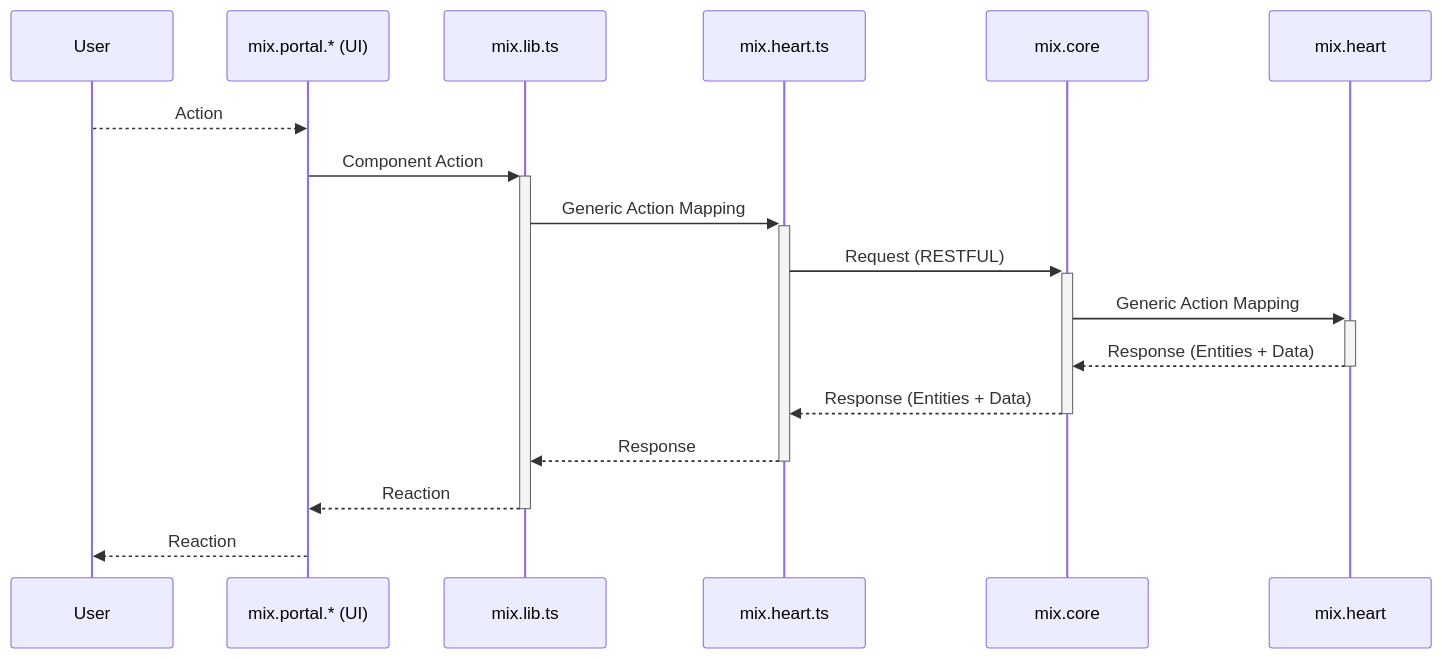
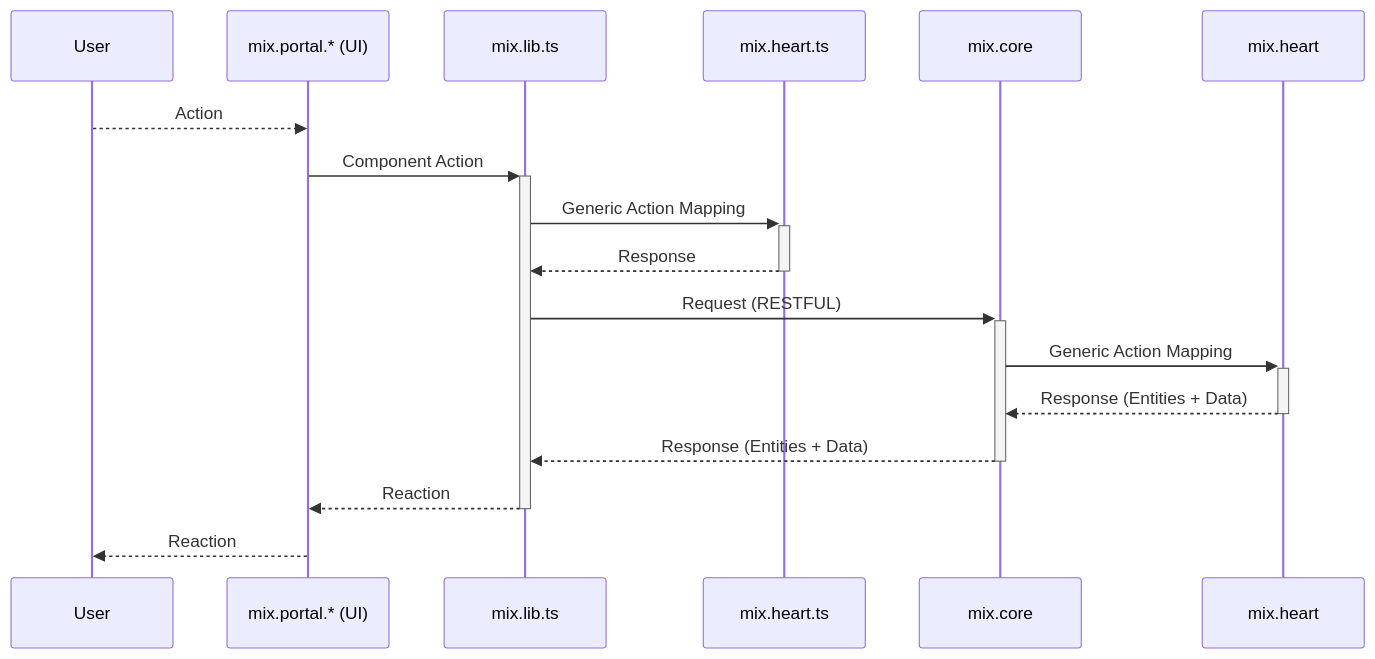
One commit to mixcore/docs changed the diagram in diagrams/overall.md. Above: the diagram before and after it, drawn with Mermaid.

````diff
--- a/diagrams/overall.md
+++ b/diagrams/overall.md
@@ -2,14 +2,14 @@
 ```mermaid
 sequenceDiagram
     User-->>mix.portal.* (UI): Action
     mix.portal.* (UI)->>+mix.lib.ts: Component Action
     mix.lib.ts->>+mix.heart.ts: Generic Action Mapping
-    mix.heart.ts->>+mix.core: Request (RESTFUL)
+    mix.heart.ts-->>-mix.lib.ts: Response
+    mix.lib.ts->>+mix.core: Request (RESTFUL)
     mix.core->>+mix.heart: Generic Action Mapping
     
     mix.heart-->>-mix.core: Response (Entities + Data)
-    mix.core-->>-mix.heart.ts: Response (Entities + Data)
-    mix.heart.ts-->>-mix.lib.ts: Response
+    mix.core-->>-mix.lib.ts: Response (Entities + Data)
     mix.lib.ts-->>-mix.portal.* (UI): Reaction
     mix.portal.* (UI)-->>User: Reaction
 ```
````
